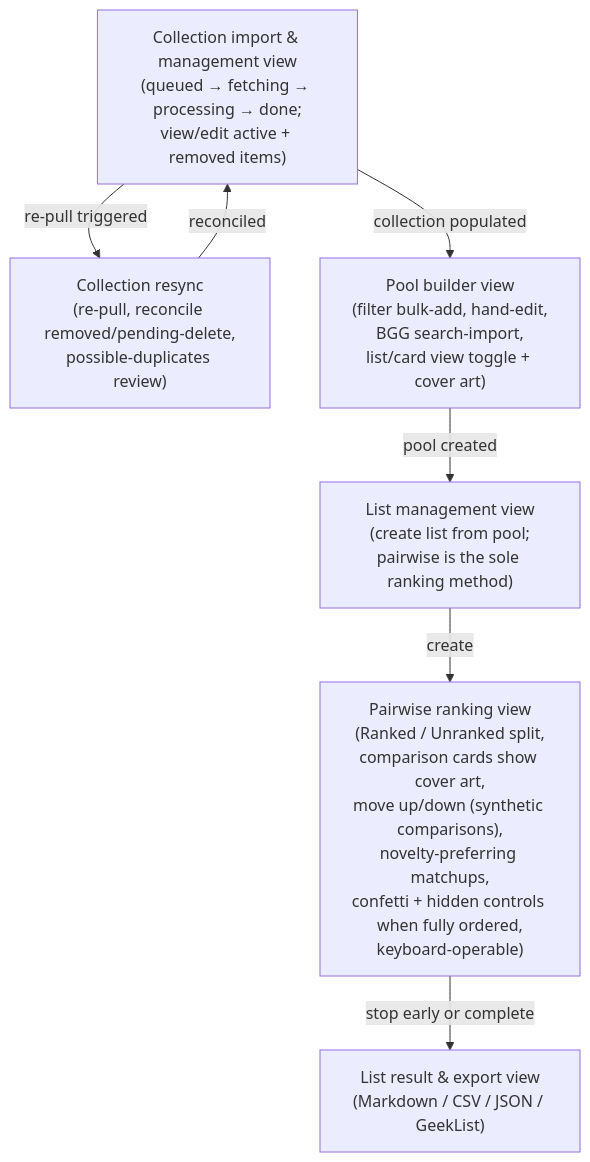
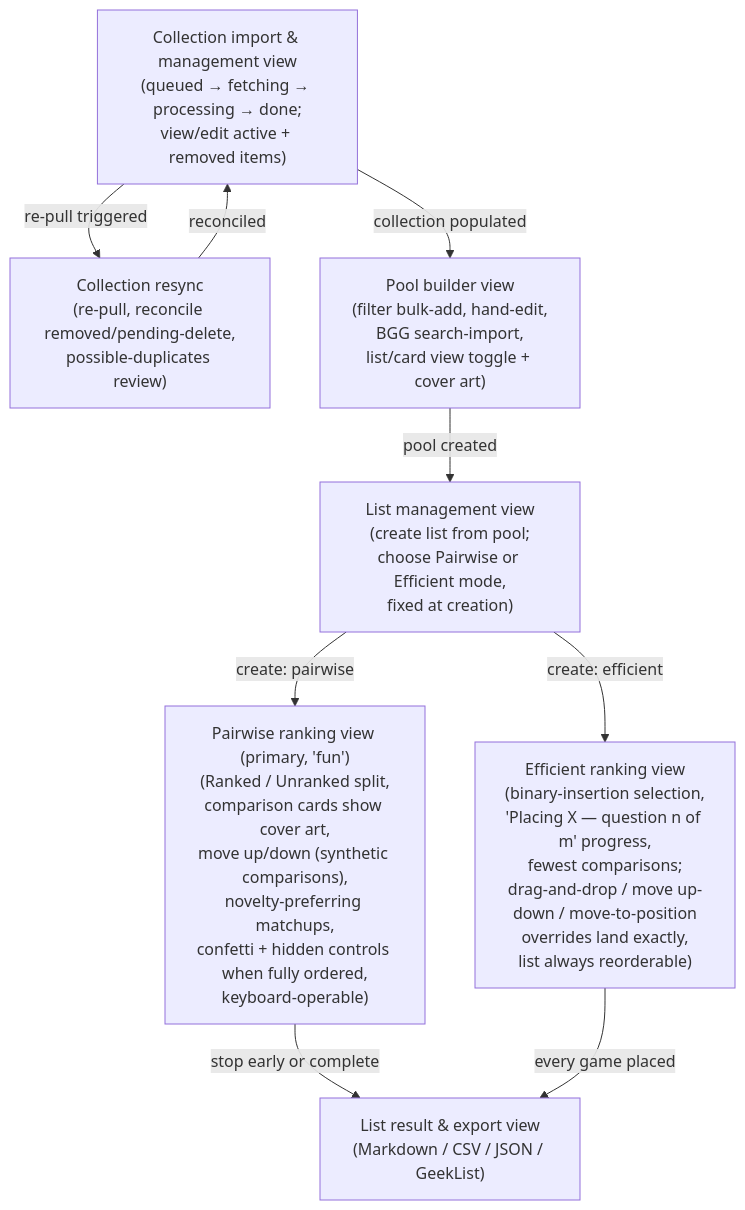
One commit to moui72/yet-another-rank-games changed the third of 3 diagrams in README.md. Above: the diagram before and after it, drawn with Mermaid. The commit also changed 2 other files, not shown here.

Commit message:
docs: regenerate diagrams — add Efficient ranking view to UI graph
/ardd-diagram over all three renderable artifacts. Only the UI diagram
changed: the List management node now shows Pairwise-or-Efficient mode
selection (fixed at creation), and a new Efficient ranking view node
(binary-insertion selection, insertion progress, exact dnd/keyboard
overrides) branches from create and flows to the result view. Datamodel
(ER) and infrastructure (graph) were structurally unchanged — reproduced
identically to clear their stale flags.

````diff
--- a/README.md
+++ b/README.md
@@ -194,16 +194,19 @@
 ```mermaid
 graph TD
     Import["Collection import & management view\n(queued → fetching → processing → done;\nview/edit active + removed items)"]
     Resync["Collection resync\n(re-pull, reconcile removed/pending-delete,\npossible-duplicates review)"]
     PoolBuilder["Pool builder view\n(filter bulk-add, hand-edit,\nBGG search-import,\nlist/card view toggle + cover art)"]
-    ListMgmt["List management view\n(create list from pool;\npairwise is the sole ranking method)"]
-    Pairwise["Pairwise ranking view\n(Ranked / Unranked split,\ncomparison cards show cover art,\nmove up/down (synthetic comparisons),\nnovelty-preferring matchups,\nconfetti + hidden controls when fully ordered,\nkeyboard-operable)"]
+    ListMgmt["List management view\n(create list from pool;\nchoose Pairwise or Efficient mode,\nfixed at creation)"]
+    Pairwise["Pairwise ranking view (primary, 'fun')\n(Ranked / Unranked split,\ncomparison cards show cover art,\nmove up/down (synthetic comparisons),\nnovelty-preferring matchups,\nconfetti + hidden controls when fully ordered,\nkeyboard-operable)"]
+    Efficient["Efficient ranking view\n(binary-insertion selection,\n'Placing X — question n of m' progress,\nfewest comparisons;\ndrag-and-drop / move up-down / move-to-position\noverrides land exactly,\nlist always reorderable)"]
     Result["List result & export view\n(Markdown / CSV / JSON / GeekList)"]
 
     Import -->|collection populated| PoolBuilder
     Import -->|re-pull triggered| Resync
     Resync -->|reconciled| Import
     PoolBuilder -->|pool created| ListMgmt
-    ListMgmt -->|create| Pairwise
+    ListMgmt -->|create: pairwise| Pairwise
+    ListMgmt -->|create: efficient| Efficient
     Pairwise -->|stop early or complete| Result
+    Efficient -->|every game placed| Result
 ```
````
